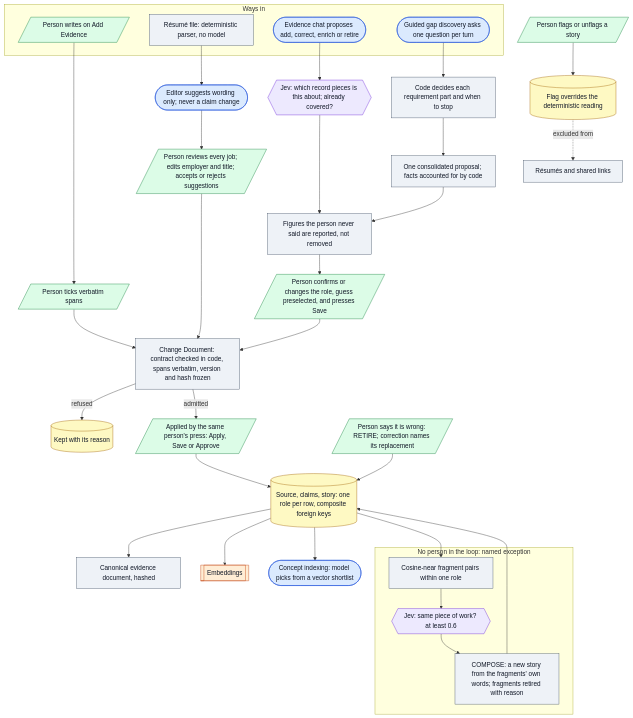
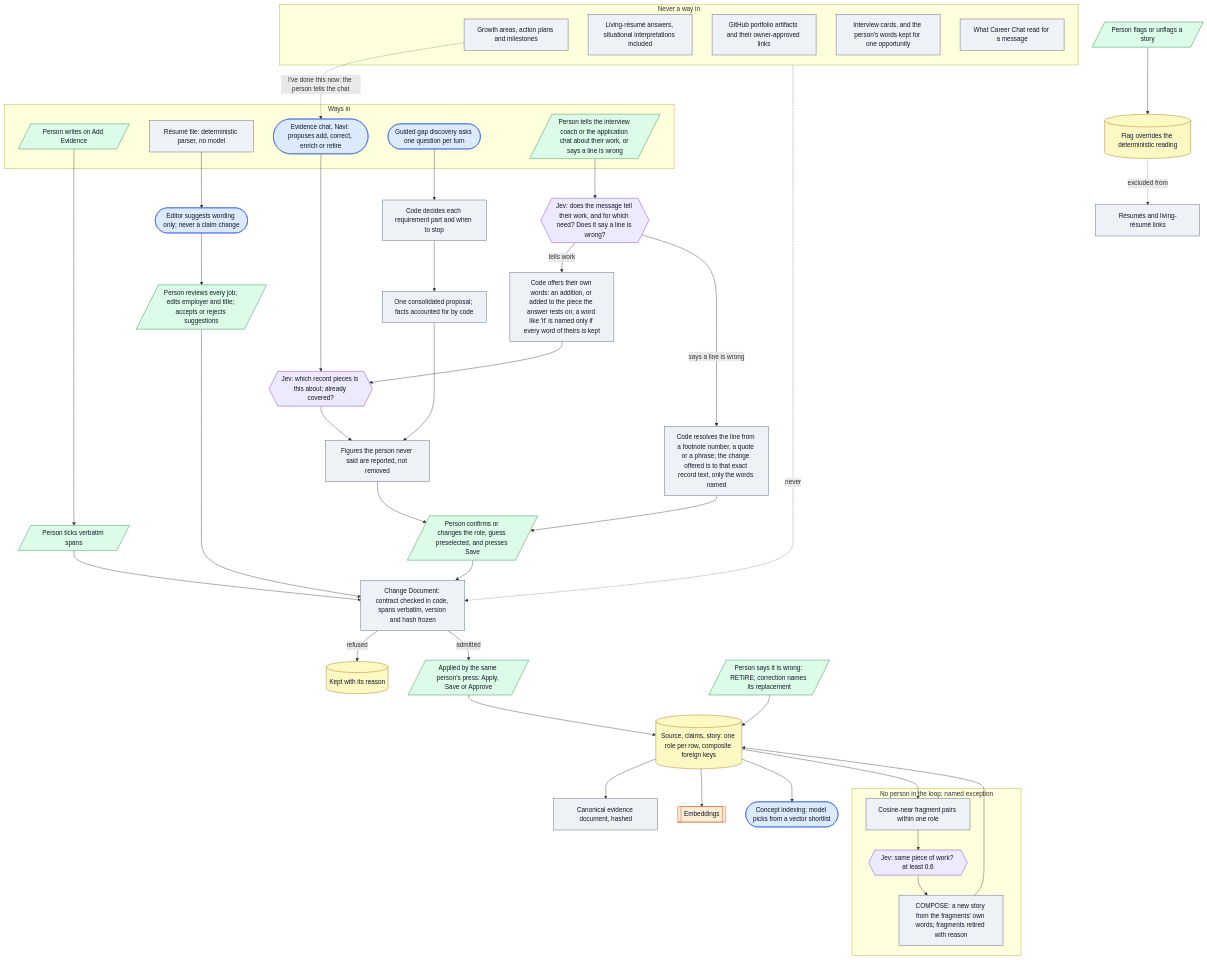
One commit to gabriellmortensen-a11y/career-navigator-portfolio changed the diagram in architecture/02-evidence-admission.md. Above: the diagram before and after it, drawn with Mermaid. The commit also changed other lines of this file and 63 other files, not shown here.

````diff
--- a/architecture/02-evidence-admission.md
+++ b/architecture/02-evidence-admission.md
@@ -5,48 +5,64 @@
 ```mermaid
 flowchart TD
   subgraph Paths["Ways in"]
     ADD[/Person writes on Add Evidence/]:::human
     IMP[Résumé file: deterministic parser, no model]:::det
-    CHAT([Evidence chat proposes add, correct, enrich or retire]):::model
+    CHAT([Evidence chat, Navi: proposes add, correct, enrich or retire]):::model
     GAPD([Guided gap discovery asks one question per turn]):::model
+    TALK[/Person tells the interview coach or the application chat about their work, or says a line is wrong/]:::human
   end
 
   IMP --> SUG([Editor suggests wording only; never a claim change]):::model
   SUG --> PROP[/Person reviews every job; edits employer and title; accepts or rejects suggestions/]:::human
   CHAT --> REF{{Jev: which record pieces is this about; already covered?}}:::jev
   GAPD --> STOP[Code decides each requirement part and when to stop]:::det
   STOP --> ONE[One consolidated proposal; facts accounted for by code]:::det
+  TALK --> HEARD{{"Jev: does the message tell their work, and for which need? Does it say a line is wrong?"}}:::jev
+  HEARD -->|tells work| OFFER["Code offers their own words: an addition, or added to the piece the answer rests on; a word like 'it' is named only if every word of theirs is kept"]:::det
+  HEARD -->|says a line is wrong| DISP["Code resolves the line from a footnote number, a quote or a phrase; the change offered is to that exact record text, only the words named"]:::det
+  OFFER --> REF
   REF --> FIG[Figures the person never said are reported, not removed]:::det
   ONE --> FIG
   FIG --> PICK[/Person confirms or changes the role, guess preselected, and presses Save/]:::human
+  DISP --> PICK
   ADD --> TICK[/Person ticks verbatim spans/]:::human
 
   PROP --> CD
   PICK --> CD
   TICK --> CD
   CD[Change Document: contract checked in code, spans verbatim, version and hash frozen]:::det
   CD -->|refused| REFU[(Kept with its reason)]:::store
   CD -->|admitted| APPLY[/Applied by the same person's press: Apply, Save or Approve/]:::human
   APPLY --> WRITE[(Source, claims, story: one role per row, composite foreign keys)]:::store
   WRITE --> DOCU[Canonical evidence document, hashed]:::det
   WRITE --> EMB[[Embeddings]]:::ext
   WRITE --> CON([Concept indexing: model picks from a vector shortlist]):::model
 
   subgraph Auto["No person in the loop: named exception"]
     NEAR[Cosine-near fragment pairs within one role]:::det
     SAME{{Jev: same piece of work? at least 0.6}}:::jev
     COMP[COMPOSE: a new story from the fragments' own words; fragments retired with reason]:::det
   end
   WRITE --> NEAR --> SAME --> COMP --> WRITE
 
   RET[/Person says it is wrong: RETIRE; correction names its replacement/]:::human --> WRITE
   FLAG[/Person flags or unflags a story/]:::human --> FL[(Flag overrides the deterministic reading)]:::store
-  FL -.->|excluded from| OUT[Résumés and shared links]:::det
+  FL -.->|excluded from| OUT[Résumés and living-résumé links]:::det
+
+  subgraph Never["Never a way in"]
+    GRW[Growth areas, action plans and milestones]:::det
+    INT[Living-résumé answers, situational interpretations included]:::det
+    ART[GitHub portfolio artifacts and their owner-approved links]:::det
+    JS[Interview cards, and the person's words kept for one opportunity]:::det
+    RD[What Career Chat read for a message]:::det
+  end
+  Never -.->|never| CD
+  GRW -.->|"I've done this now: the person tells the chat"| CHAT
 
   classDef det fill:#eef2f7,stroke:#475569,color:#111827
   classDef jev fill:#ede9fe,stroke:#6d28d9,color:#111827
   classDef model fill:#dbeafe,stroke:#1d4ed8,color:#111827
   classDef human fill:#dcfce7,stroke:#15803d,color:#111827
   classDef store fill:#fef9c3,stroke:#a16207,color:#111827
   classDef ext fill:#ffedd5,stroke:#c2410c,color:#111827
 ```
````
